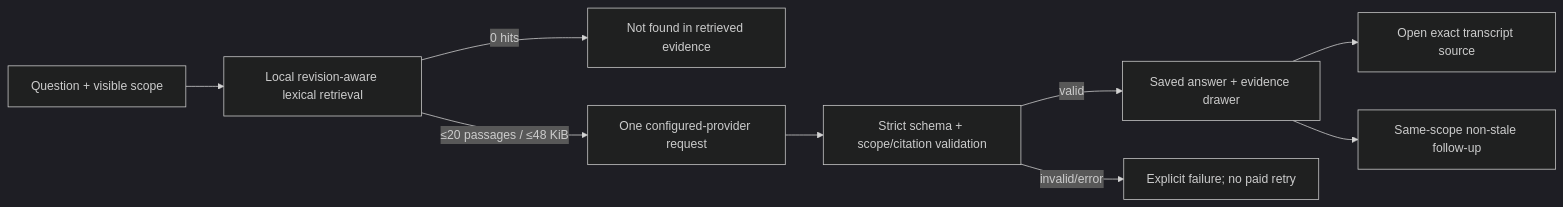
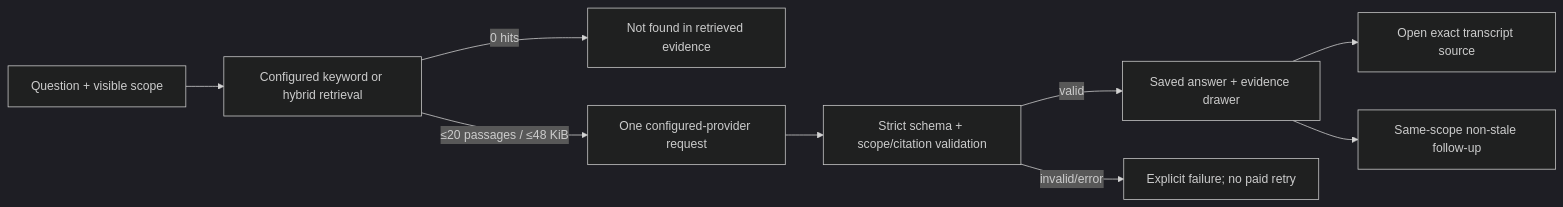
Before and after one commit to tienbob/ScribeLoop: the diagram in docs/MEETING_CHAT_CLOSEOUT.md, drawn with Mermaid (dark theme). The commit also changed other lines of this file and 26 other files, not shown here.

````diff
--- a/docs/MEETING_CHAT_CLOSEOUT.md
+++ b/docs/MEETING_CHAT_CLOSEOUT.md
@@ -37,11 +38,11 @@
 ```mermaid
 flowchart LR
-    Q[Question + visible scope] --> R[Local revision-aware lexical retrieval]
+    Q[Question + visible scope] --> R[Configured keyword or hybrid retrieval]
     R -->|0 hits| N[Not found in retrieved evidence]
     R -->|≤20 passages / ≤48 KiB| P[One configured-provider request]
     P --> V[Strict schema + scope/citation validation]
     V -->|valid| A[Saved answer + evidence drawer]
     V -->|invalid/error| E[Explicit failure; no paid retry]
     A --> C[Open exact transcript source]
     A --> F[Same-scope non-stale follow-up]
 ```
````
